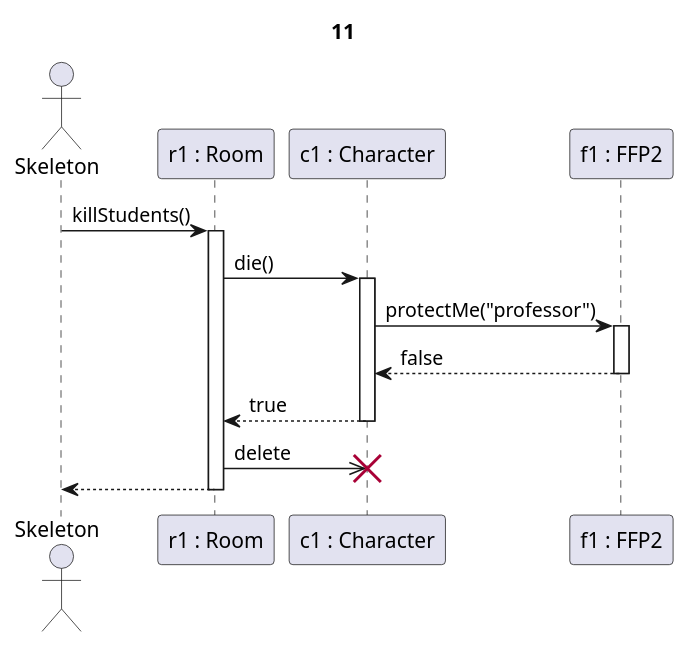
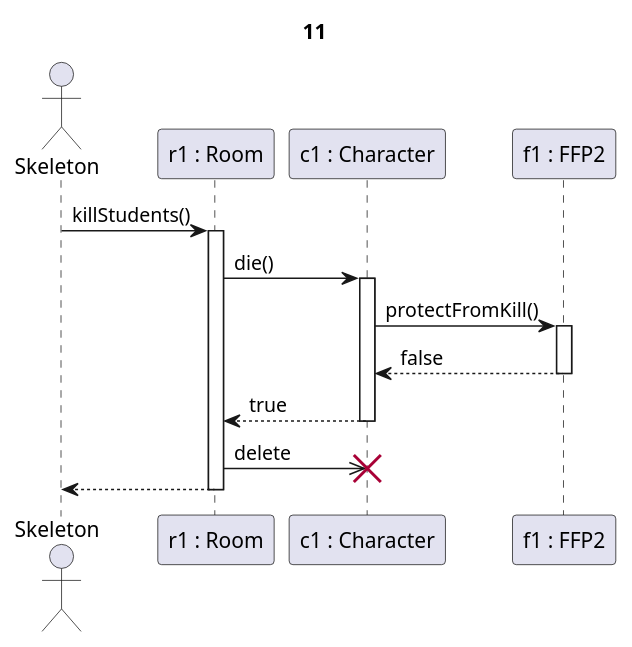
The diagram in partII_sequence diagrams/11.puml (kipolaris/skyrimscriptsuttogok), drawn with PlantUML before and after one commit. The commit also changed 110 other files, not shown here.

Commit message:
finalize partII sequence diagrams

```diff
--- a/partII_sequence diagrams/11.puml
+++ b/partII_sequence diagrams/11.puml
@@ -1,23 +1,23 @@
 @startuml tanár támad sikeresen
 
 title 11
 
 actor Skeleton as sk
 participant "r1 : Room" as r
 participant "c1 : Character" as s
 participant "f1 : FFP2" as c
 
 sk->r ++: killStudents()
 
 r -> s ++: die()
 
-s->c ++: protectMe("professor")
+s->c ++: protectFromKill()
 c-->s --: false
 
 s-->r --: true
 
 r->>s !!: delete
 
 r-->sk --:
 
 @enduml
```
